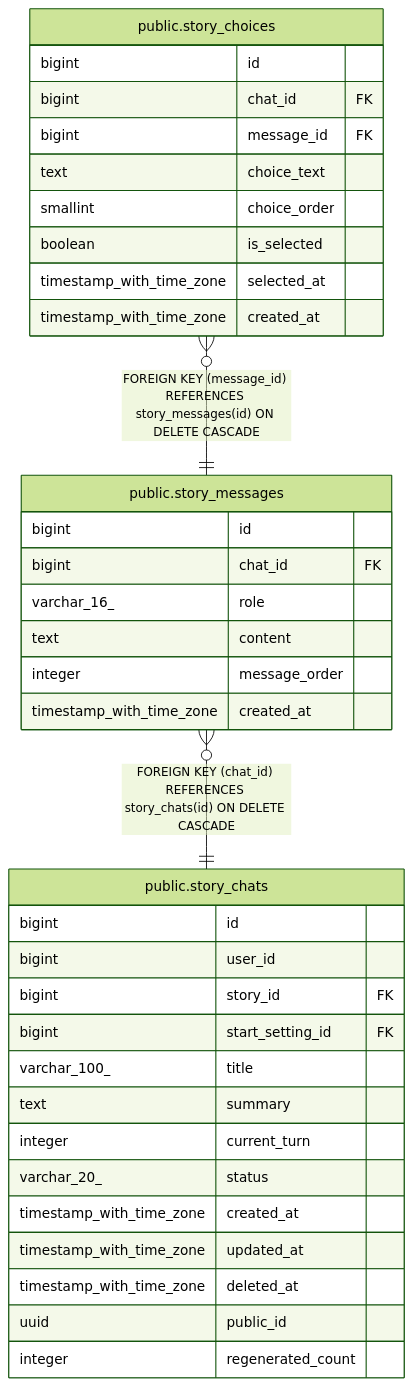
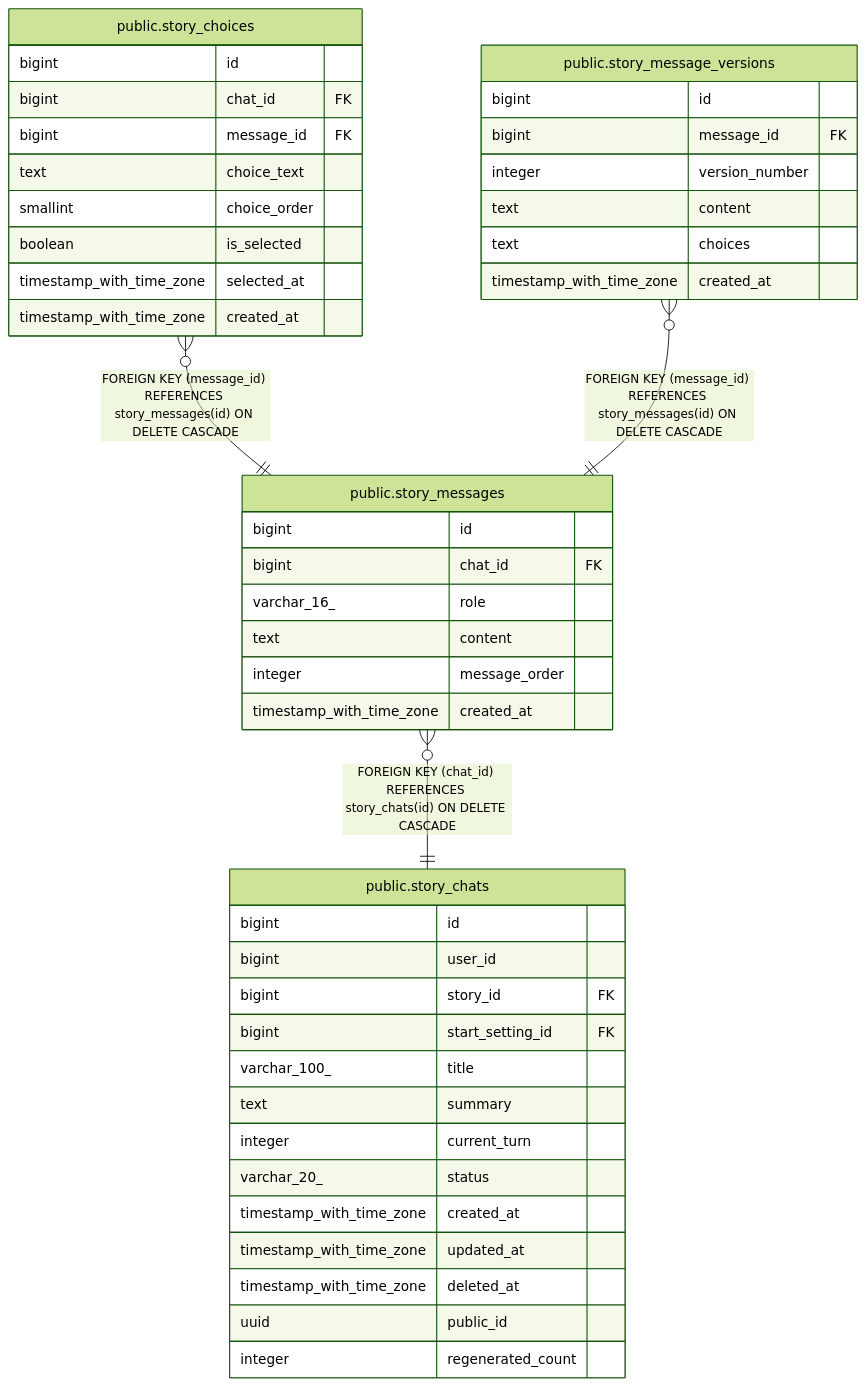
Before and after one commit to KIM-N-KANG/manyak-server: the diagram in dbdoc/public.story_messages.md, drawn with Mermaid (forest theme). The commit also changed other lines of this file and 8 other files, not shown here.

````diff
--- a/dbdoc/public.story_messages.md
+++ b/dbdoc/public.story_messages.md
@@ -33,40 +33,49 @@
 ```mermaid
 erDiagram
 
 "public.story_choices" }o--|| "public.story_messages" : "FOREIGN KEY (message_id) REFERENCES story_messages(id) ON DELETE CASCADE"
+"public.story_message_versions" }o--|| "public.story_messages" : "FOREIGN KEY (message_id) REFERENCES story_messages(id) ON DELETE CASCADE"
 "public.story_messages" }o--|| "public.story_chats" : "FOREIGN KEY (chat_id) REFERENCES story_chats(id) ON DELETE CASCADE"
 
 "public.story_messages" {
   bigint id
   bigint chat_id FK
   varchar_16_ role
   text content
   integer message_order
   timestamp_with_time_zone created_at
 }
 "public.story_choices" {
   bigint id
   bigint chat_id FK
   bigint message_id FK
   text choice_text
   smallint choice_order
   boolean is_selected
   timestamp_with_time_zone selected_at
   timestamp_with_time_zone created_at
 }
+"public.story_message_versions" {
+  bigint id
+  bigint message_id FK
+  integer version_number
+  text content
+  text choices
+  timestamp_with_time_zone created_at
+}
 "public.story_chats" {
   bigint id
   bigint user_id
   bigint story_id FK
   bigint start_setting_id FK
   varchar_100_ title
   text summary
   integer current_turn
   varchar_20_ status
   timestamp_with_time_zone created_at
   timestamp_with_time_zone updated_at
   timestamp_with_time_zone deleted_at
   uuid public_id
   integer regenerated_count
 }
 ```
````
